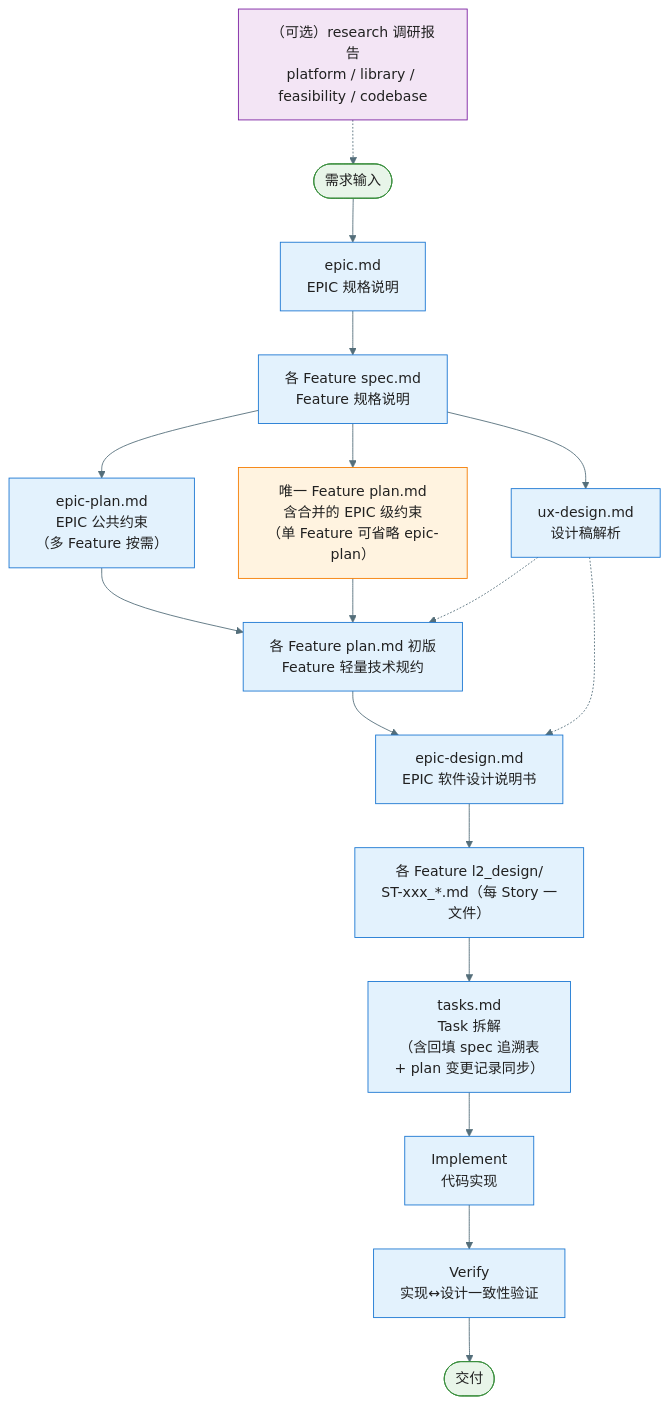
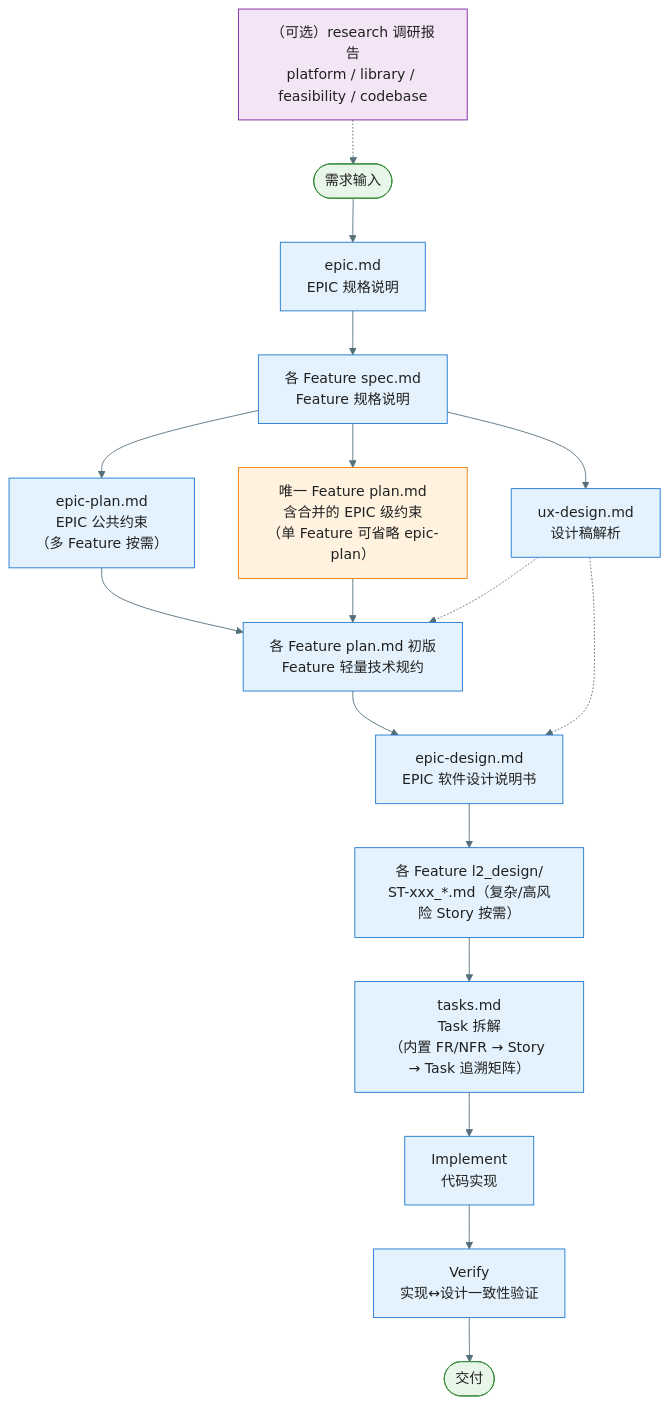
One commit to jackykarma/Verity changed the first of 8 diagrams in docs/workflow-overview.md. Above: the diagram before and after it, drawn with Mermaid. The commit also changed other lines of this file and 32 other files, not shown here.

````diff
--- a/docs/workflow-overview.md
+++ b/docs/workflow-overview.md
@@ -9,33 +9,33 @@
 ```mermaid
 %%{init: {'theme': 'base', 'themeVariables': { 'primaryColor': '#E3F2FD', 'primaryTextColor': '#212121', 'primaryBorderColor': '#1976D2', 'lineColor': '#546E7A'}}}%%
 flowchart TD
     Research["（可选）research 调研报告<br/>platform / library / feasibility / codebase"] -.-> Start
     Start([需求输入]) --> EpicMd["epic.md<br/>EPIC 规格说明"]
     EpicMd --> SpecMd["各 Feature spec.md<br/>Feature 规格说明"]
     SpecMd --> EpicPlan["epic-plan.md<br/>EPIC 公共约束<br/>（多 Feature 按需）"]
     SpecMd --> PlanSingle["唯一 Feature plan.md<br/>含合并的 EPIC 级约束<br/>（单 Feature 可省略 epic-plan）"]
     SpecMd --> UxDesign["ux-design.md<br/>设计稿解析"]
     EpicPlan --> PlanMd["各 Feature plan.md 初版<br/>Feature 轻量技术规约"]
     PlanSingle --> PlanMd
     UxDesign -.-> PlanMd
     PlanMd --> EpicDesign["epic-design.md<br/>EPIC 软件设计说明书"]
     UxDesign -.-> EpicDesign
-    EpicDesign --> StoryDesign["各 Feature l2_design/<br/>ST-xxx_*.md（每 Story 一文件）"]
-    StoryDesign --> TasksMd["tasks.md<br/>Task 拆解<br/>（含回填 spec 追溯表<br/>+ plan 变更记录同步）"]
+    EpicDesign --> StoryDesign["各 Feature l2_design/<br/>ST-xxx_*.md（复杂/高风险 Story 按需）"]
+    StoryDesign --> TasksMd["tasks.md<br/>Task 拆解<br/>（内置 FR/NFR → Story → Task 追溯矩阵）"]
     TasksMd --> Implement["Implement<br/>代码实现"]
     Implement --> Verify["Verify<br/>实现↔设计一致性验证"]
     Verify --> Done([交付])
 
     style Research fill:#F3E5F5,stroke:#7B1FA2
     style Start fill:#E8F5E9,stroke:#388E3C
     style Done fill:#E8F5E9,stroke:#388E3C
     style EpicMd fill:#E3F2FD,stroke:#1976D2
     style SpecMd fill:#E3F2FD,stroke:#1976D2
     style EpicPlan fill:#E3F2FD,stroke:#1976D2
     style PlanSingle fill:#FFF3E0,stroke:#F57C00
     style UxDesign fill:#E3F2FD,stroke:#1976D2
     style PlanMd fill:#E3F2FD,stroke:#1976D2
     style EpicDesign fill:#E3F2FD,stroke:#1976D2
     style StoryDesign fill:#E3F2FD,stroke:#1976D2
     style TasksMd fill:#E3F2FD,stroke:#1976D2
 ```
````
